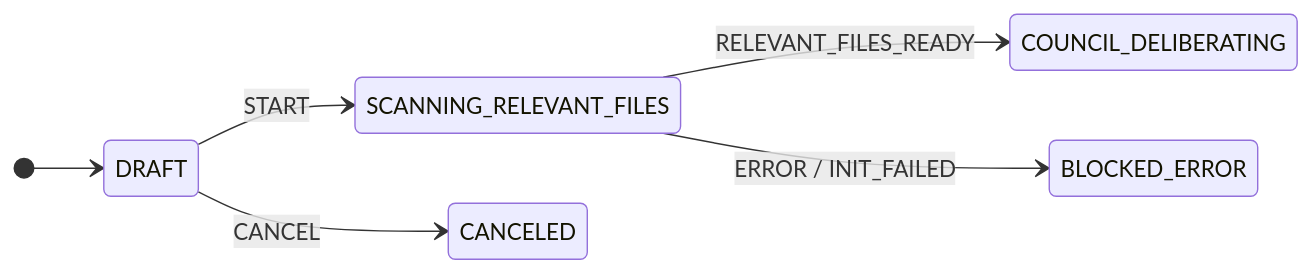
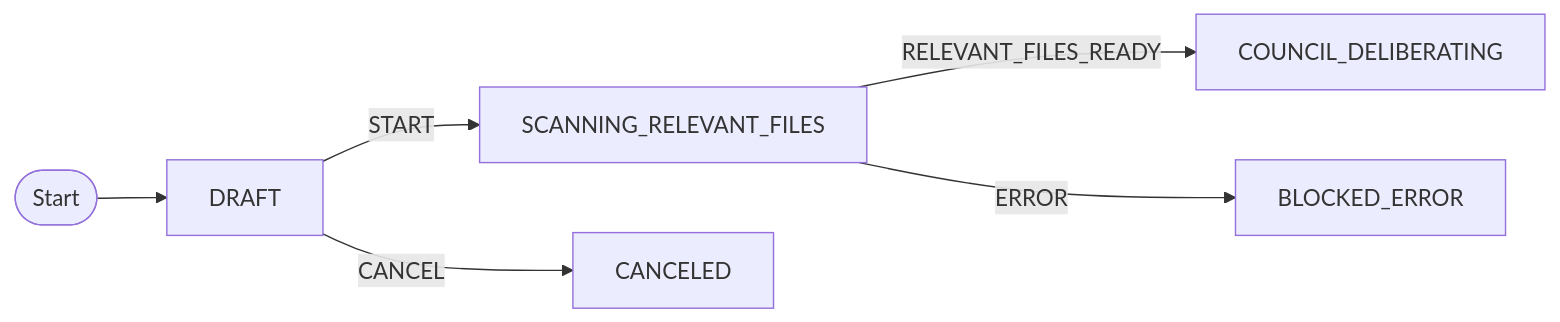
One commit to antclt/LoopTroop changed the second of 7 diagrams in docs/ticket-flow.md. Above: the diagram before and after it, drawn with Mermaid. The commit also changed other lines of this file, not shown here.

First line of the commit message:
fix: convert state diagrams to flowchart syntax for better rendering

````diff
--- a/docs/ticket-flow.md
+++ b/docs/ticket-flow.md
@@ -201,10 +201,15 @@
 ```mermaid
-stateDiagram-v2
-    direction LR
+flowchart LR
+    START([Start])
+    DRAFT[DRAFT]
+    SCAN[SCANNING_RELEVANT_FILES]
+    COUNCIL[COUNCIL_DELIBERATING]
+    ERROR[BLOCKED_ERROR]
+    CANCELED[CANCELED]
 
-    [*] --> DRAFT
-    DRAFT --> SCANNING_RELEVANT_FILES: START
-    DRAFT --> CANCELED: CANCEL
-    SCANNING_RELEVANT_FILES --> COUNCIL_DELIBERATING: RELEVANT_FILES_READY
-    SCANNING_RELEVANT_FILES --> BLOCKED_ERROR: ERROR / INIT_FAILED
+    START --> DRAFT
+    DRAFT -->|START| SCAN
+    DRAFT -->|CANCEL| CANCELED
+    SCAN -->|RELEVANT_FILES_READY| COUNCIL
+    SCAN -->|ERROR| ERROR
 ```
````
